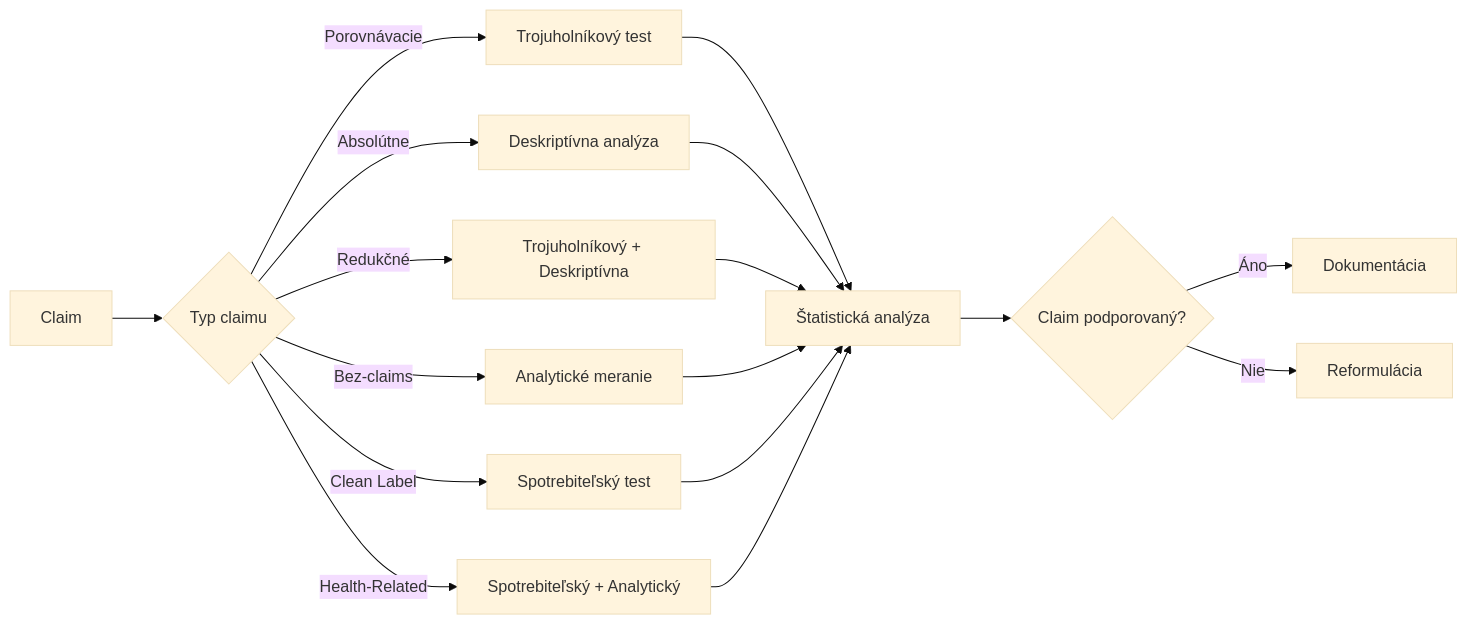
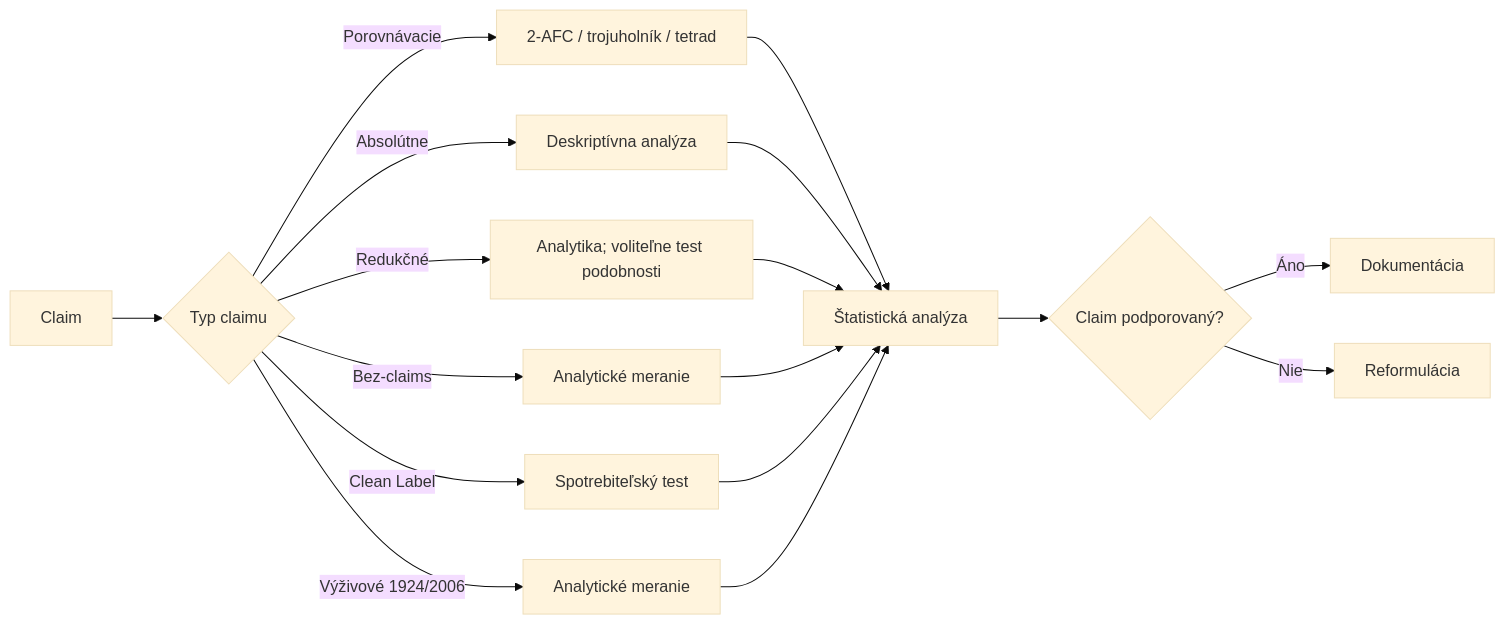
The second of 3 diagrams in prezentacie/claims.qmd (senzorika/SAP), drawn with Mermaid (base theme) before and after one commit. The commit also changed other lines of this file and 36 other files, not shown here.

````diff
--- a/prezentacie/claims.qmd
+++ b/prezentacie/claims.qmd
@@ -133,21 +134,21 @@
 ```mermaid
 flowchart LR
     A[Claim] --> B{Typ claimu}
-    B -->|Porovnávacie| C[Trojuholníkový test]
+    B -->|Porovnávacie| C[2-AFC / trojuholník / tetrad]
     B -->|Absolútne| D[Deskriptívna analýza]
-    B -->|Redukčné| E[Trojuholníkový + Deskriptívna]
+    B -->|Redukčné| E[Analytika; voliteľne test podobnosti]
     B -->|Bez-claims| F[Analytické meranie]
     B -->|Clean Label| G[Spotrebiteľský test]
-    B -->|Health-Related| H[Spotrebiteľský + Analytický]
+    B -->|Výživové 1924/2006| H[Analytické meranie]
     
     C --> I[Štatistická analýza]
     D --> I
     E --> I
     F --> I
     G --> I
     H --> I
     
     I --> J{Claim podporovaný?}
     J -->|Áno| K[Dokumentácia]
     J -->|Nie| L[Reformulácia]
 ```
````
